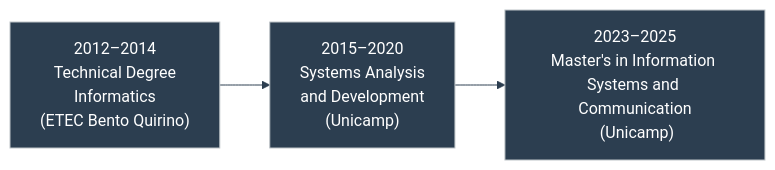
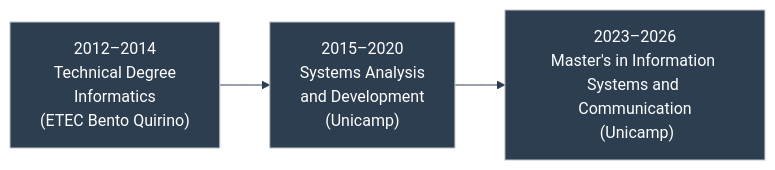
Before and after one commit to duducm2/my-personal-repo: the second of 11 diagrams in portfolio/mermaid/diagrams.md, drawn with Mermaid. The commit also changed 2 other files, not shown here.

Commit message:
Update academic timeline diagram and correct typo in portfolio deck impact description for clarity.

````diff
--- a/portfolio/mermaid/diagrams.md
+++ b/portfolio/mermaid/diagrams.md
@@ -40,8 +40,8 @@
 ```mermaid
 %%{init: {'theme': 'base', 'themeVariables': { 'primaryColor': '#2c3e50', 'primaryTextColor': '#fff', 'primaryBorderColor': '#bdc3c7', 'lineColor': '#2c3e50', 'fontFamily': 'Lato'}}}%%
 flowchart LR
   A["2012–2014<br/>Technical Degree<br/>Informatics<br/>(ETEC Bento Quirino)"]
   B["2015–2020<br/>Systems Analysis<br/>and Development<br/>(Unicamp)"]
-  C["2023–2025<br/>Master's in Information Systems and Communication<br/> (Unicamp)"]
+  C["2023–2026<br/>Master's in Information Systems and Communication<br/> (Unicamp)"]
   A --> B --> C
 ```
````
